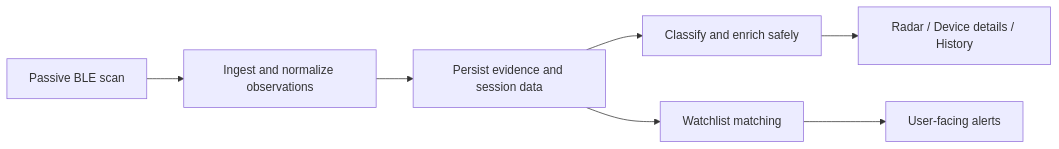
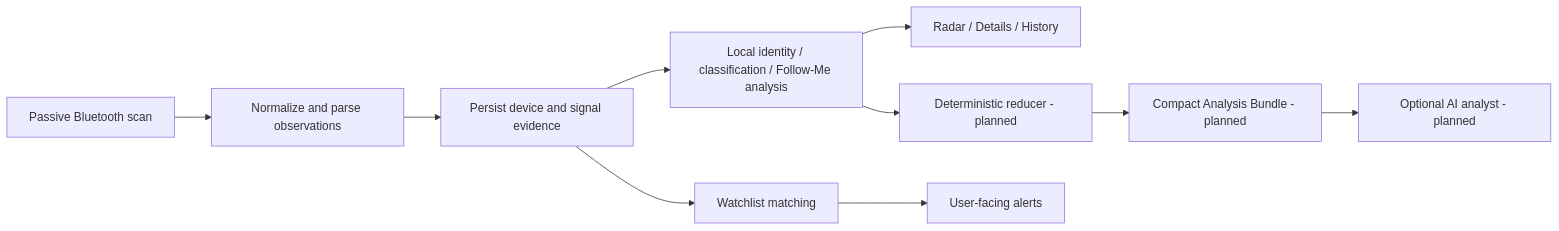
Before and after one commit to MichalMatu/tracker: the diagram in README.md, drawn with Mermaid. The commit also changed other lines of this file, not shown here.

````diff
--- a/README.md
+++ b/README.md
@@ -101,9 +88,12 @@
 ```mermaid
 flowchart LR
-    A[Passive BLE scan] --> B[Ingest and normalize observations]
-    B --> C[Persist evidence and session data]
-    C --> D[Classify and enrich safely]
-    D --> E[Radar / Device details / History]
+    A[Passive Bluetooth scan] --> B[Normalize and parse observations]
+    B --> C[Persist device and signal evidence]
+    C --> D[Local identity / classification / Follow-Me analysis]
+    D --> E[Radar / Details / History]
     C --> F[Watchlist matching]
     F --> G[User-facing alerts]
+    D --> H[Deterministic reducer - planned]
+    H --> I[Compact Analysis Bundle - planned]
+    I --> J[Optional AI analyst - planned]
 ```
````
